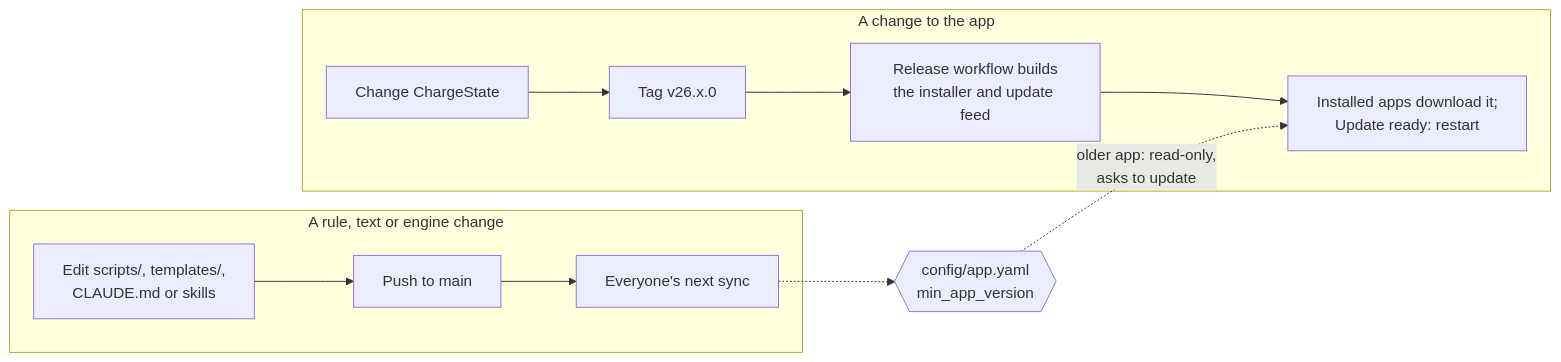
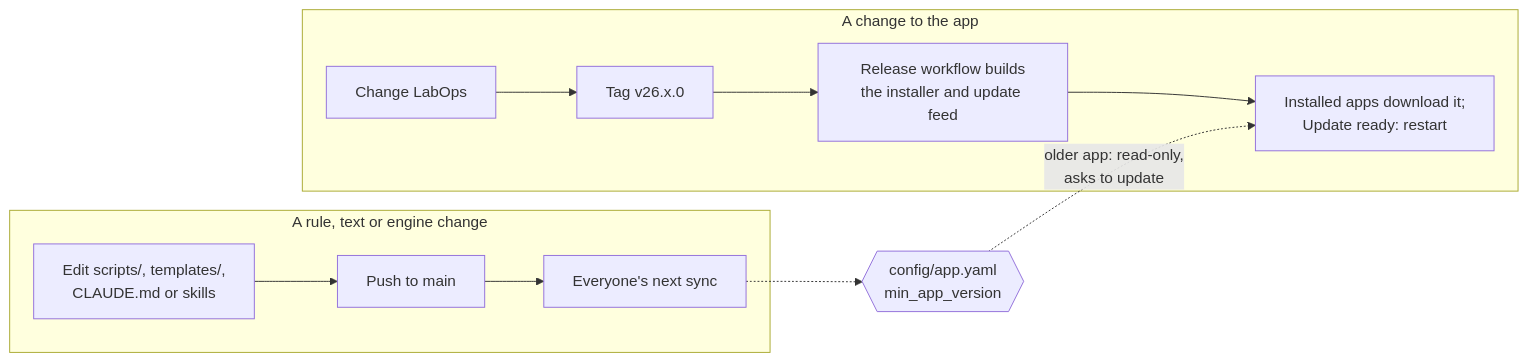
One commit to uw-maccosslab/LabOps changed the sixth of 6 diagrams in docs/architecture.md. Above: the diagram before and after it, drawn with Mermaid. The commit also changed other lines of this file and 258 other files, not shown here.

First line of the commit message:
Rename the app from ChargeState to LabOps

````diff
--- a/docs/architecture.md
+++ b/docs/architecture.md
@@ -261,12 +261,12 @@
 ```mermaid
 flowchart LR
     subgraph repoChange["A rule, text or engine change"]
         edit["Edit scripts/, templates/,<br/>CLAUDE.md or skills"] --> push["Push to main"] --> sync["Everyone's next sync"]
     end
     subgraph appChange["A change to the app"]
-        code["Change ChargeState"] --> tag["Tag v26.x.0"] --> velopack["Release workflow builds<br/>the installer and update feed"] --> update["Installed apps download it;<br/>Update ready: restart"]
+        code["Change LabOps"] --> tag["Tag v26.x.0"] --> velopack["Release workflow builds<br/>the installer and update feed"] --> update["Installed apps download it;<br/>Update ready: restart"]
     end
     gate{{"config/app.yaml<br/>min_app_version"}}
     sync -.-> gate
     gate -.->|"older app: read-only,<br/>asks to update"| update
 ```
````
